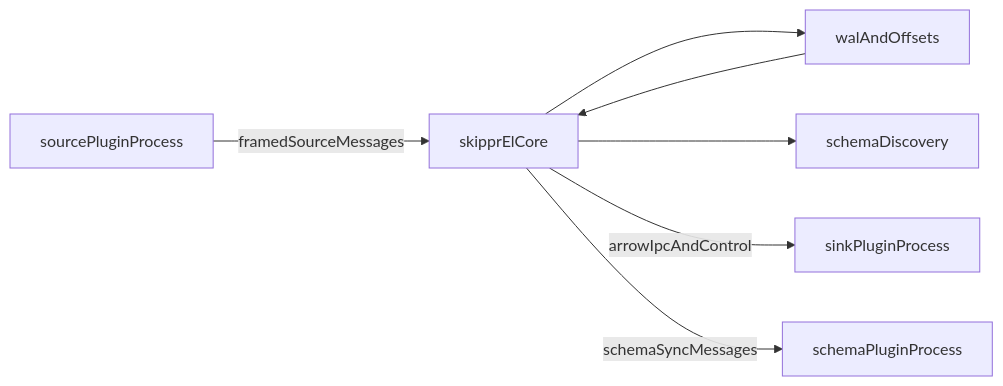
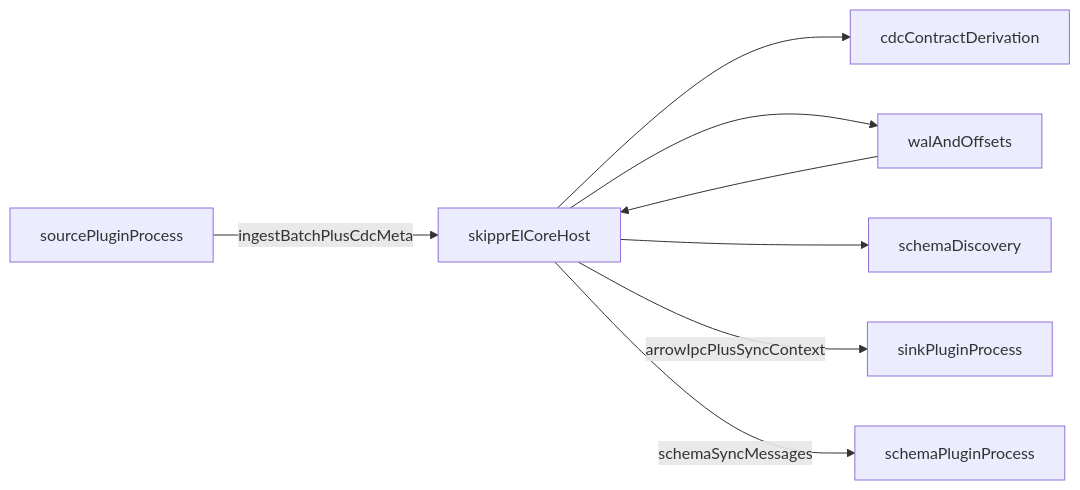
The diagram in .cursor/plans/runtime_plugin_split_2057c05b.plan.md (skipprd/skipprd), drawn with Mermaid before and after one commit. The commit also changed other lines of this file, not shown here.

Commit message:
update plugin plan

````diff
--- a/.cursor/plans/runtime_plugin_split_2057c05b.plan.md
+++ b/.cursor/plans/runtime_plugin_split_2057c05b.plan.md
@@ -43,16 +51,18 @@
 ```mermaid
 flowchart LR
-  core[skipprElCore]
+  host[skipprElCoreHost]
   sourcePlugin[sourcePluginProcess]
   sinkPlugin[sinkPluginProcess]
   schemaPlugin[schemaPluginProcess]
   wal[walAndOffsets]
   discovery[schemaDiscovery]
+  contract[cdcContractDerivation]
 
-  sourcePlugin -->|framedSourceMessages| core
-  core --> wal
-  core --> discovery
-  wal --> core
-  core -->|arrowIpcAndControl| sinkPlugin
-  core -->|schemaSyncMessages| schemaPlugin
+  host --> contract
+  sourcePlugin -->|ingestBatchPlusCdcMeta| host
+  host --> wal
+  host --> discovery
+  wal --> host
+  host -->|arrowIpcPlusSyncContext| sinkPlugin
+  host -->|schemaSyncMessages| schemaPlugin
 ```
````
